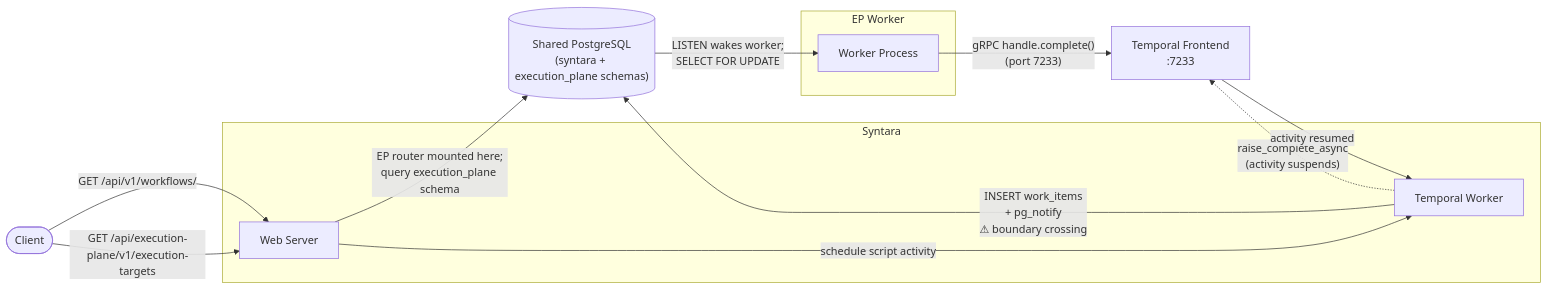
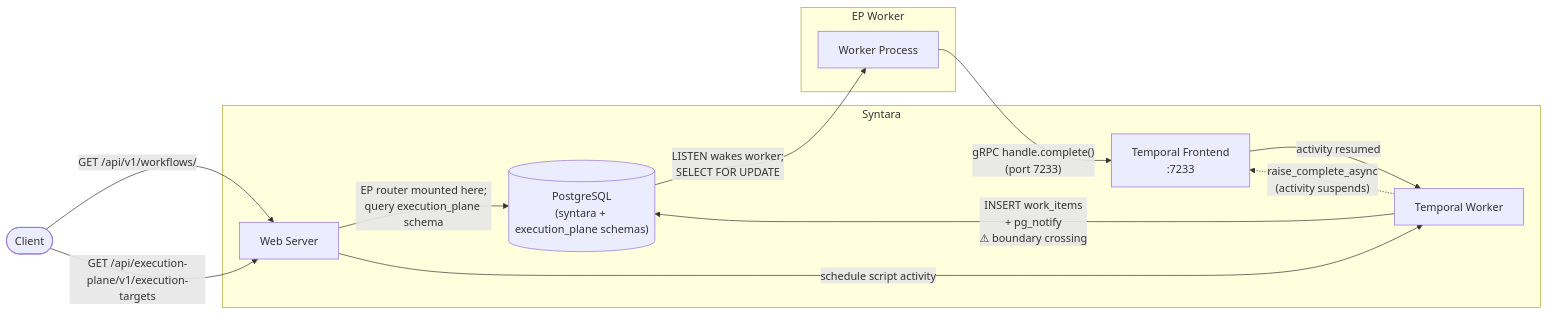
The first of 2 diagrams in backend/docs/execution-plane-integration.md (AlanCoding/syntara), drawn with Mermaid before and after one commit.

Commit message:
docs(ep): move PostgreSQL and Temporal into Syntara box in current-state diagram
Both are Syntara infrastructure that EP Worker temporarily reaches into.
Arrows from EP Worker crossing into the Syntara subgraph now visually
communicate the boundary crossing — EP has no business in there.

````diff
--- a/backend/docs/execution-plane-integration.md
+++ b/backend/docs/execution-plane-integration.md
@@ -23,27 +23,27 @@
 ```mermaid
 flowchart LR
     C([Client])
-    DB[("Shared PostgreSQL\n(syntara + execution_plane schemas)")]
-    T["Temporal Frontend\n:7233"]
 
     subgraph syn["Syntara"]
         SW["Web Server"]
         STW["Temporal Worker"]
+        T["Temporal Frontend\n:7233"]
+        DB[("PostgreSQL\n(syntara + execution_plane schemas)")]
     end
 
     subgraph ep["EP Worker"]
         EPW["Worker Process"]
     end
 
     C -->|"GET /api/v1/workflows/"| SW
     C -->|"GET /api/execution-plane/v1/execution-targets"| SW
     SW -->|"EP router mounted here;\nquery execution_plane schema"| DB
 
     SW -->|"schedule script activity"| STW
     STW -->|"INSERT work_items\n+ pg_notify\n⚠ boundary crossing"| DB
     STW -.->|"raise_complete_async\n(activity suspends)"| T
 
     DB -->|"LISTEN wakes worker;\nSELECT FOR UPDATE"| EPW
     EPW -->|"gRPC handle.complete()\n(port 7233)"| T
     T -->|"activity resumed"| STW
 ```
````
